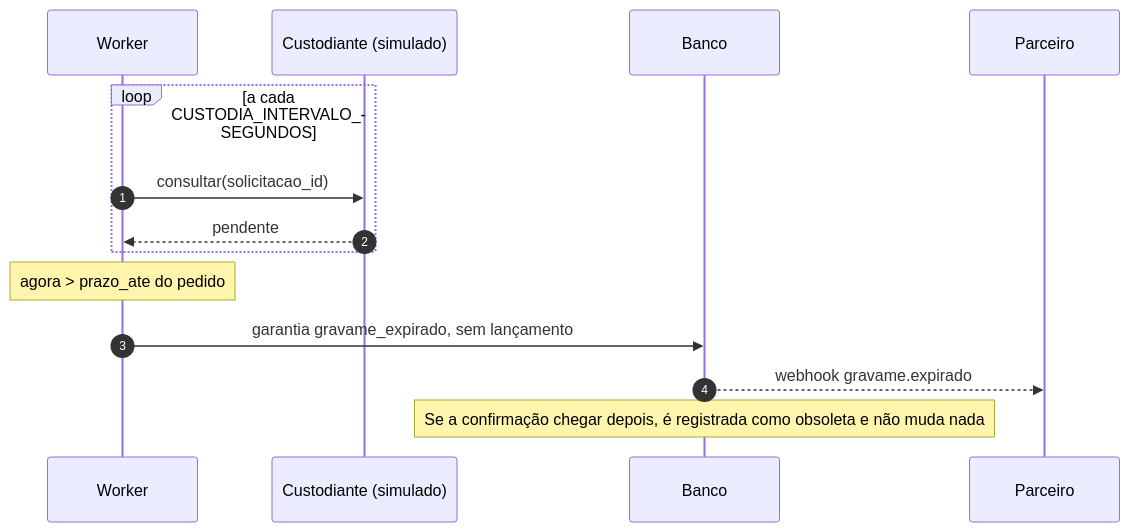
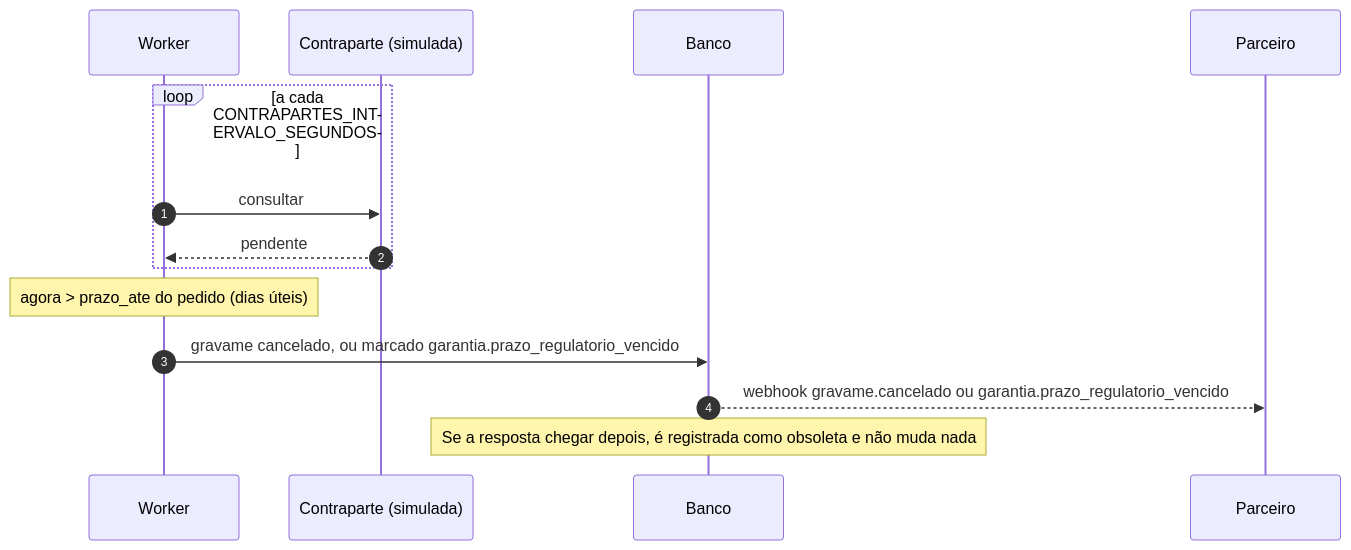
One commit to EnzoRenato16/limite-garantido-api changed diagram 12 of 13 in docs/arquitetura.md. Above: the diagram before and after it, drawn with Mermaid. The commit also changed other lines of this file and 23 other files, not shown here.

````diff
--- a/docs/arquitetura.md
+++ b/docs/arquitetura.md
@@ -363,16 +408,16 @@
 ```mermaid
 sequenceDiagram
     autonumber
     participant W as Worker
-    participant C as Custodiante (simulado)
+    participant C as Contraparte (simulada)
     participant B as Banco
     participant P as Parceiro
-    loop a cada CUSTODIA_INTERVALO_SEGUNDOS
-        W->>C: consultar(solicitacao_id)
+    loop a cada CONTRAPARTES_INTERVALO_SEGUNDOS
+        W->>C: consultar
         C-->>W: pendente
     end
-    Note over W: agora > prazo_ate do pedido
-    W->>B: garantia gravame_expirado, sem lançamento
-    B-->>P: webhook gravame.expirado
-    Note over B: Se a confirmação chegar depois, é registrada como obsoleta e não muda nada
+    Note over W: agora > prazo_ate do pedido (dias úteis)
+    W->>B: gravame cancelado, ou marcado garantia.prazo_regulatorio_vencido
+    B-->>P: webhook gravame.cancelado ou garantia.prazo_regulatorio_vencido
+    Note over B: Se a resposta chegar depois, é registrada como obsoleta e não muda nada
 ```
````
